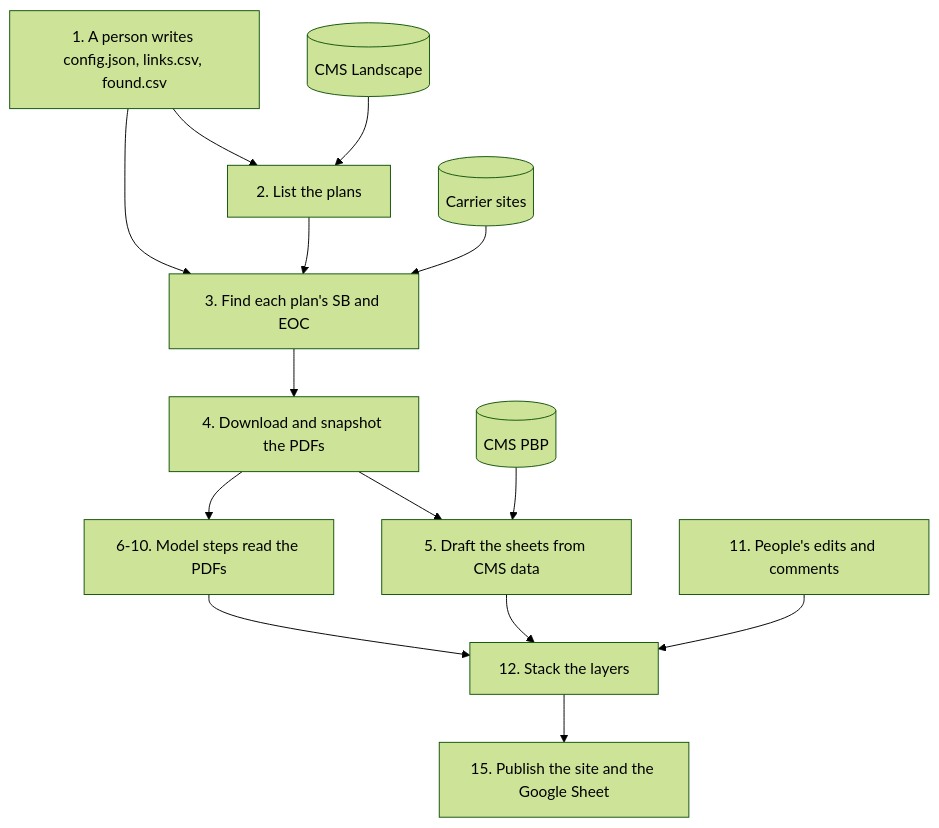
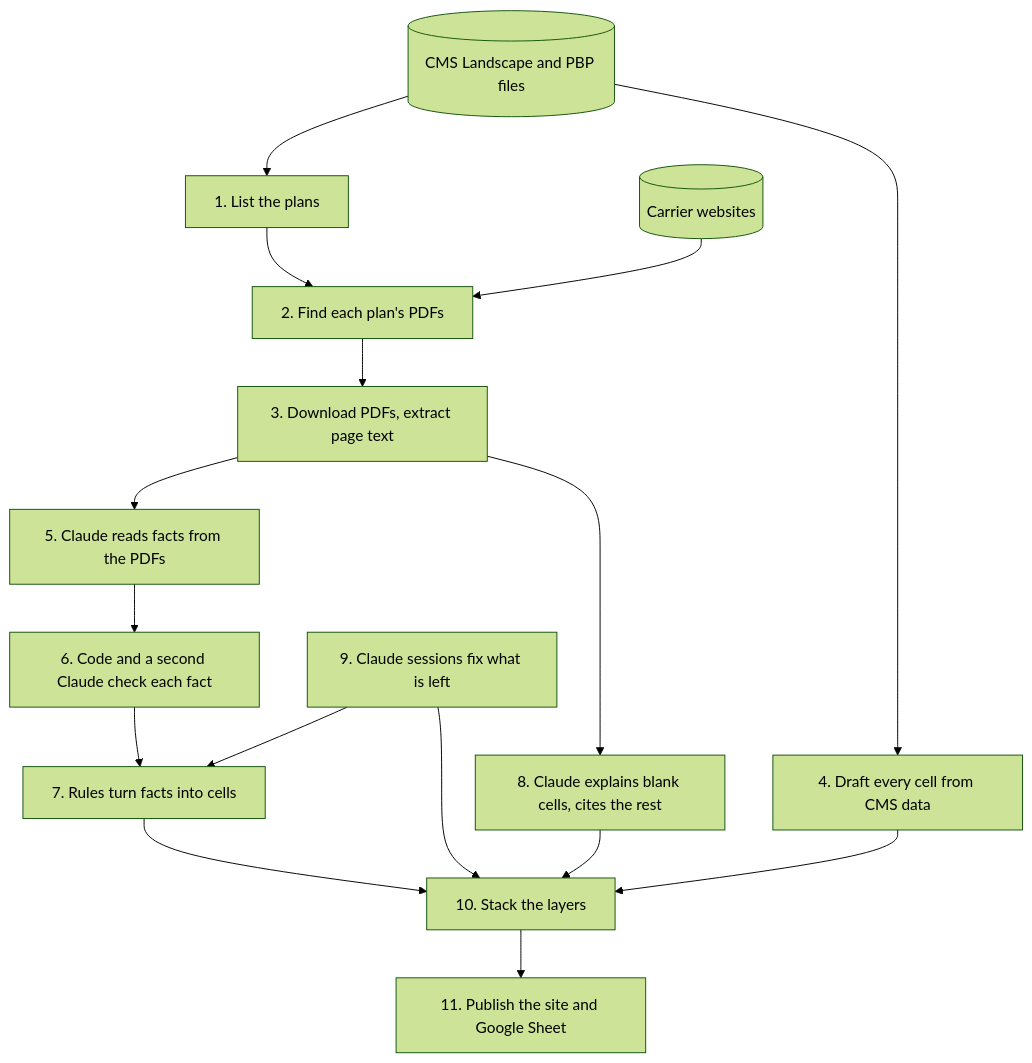
The diagram in docs/pipeline.md (rosenhouse-bot-sandbox/shiba-data), drawn with Mermaid (forest theme) before and after one commit. The commit also changed other lines of this file, not shown here.

First line of the commit message:
Rewrite the pipeline doc to show real data at each step

````diff
--- a/docs/pipeline.md
+++ b/docs/pipeline.md
@@ -48,16 +43,18 @@
 ```mermaid
 flowchart TD
-  person[1. A person writes config.json, links.csv, found.csv] --> plans[2. List the plans]
-  person --> find
-  landscape[(CMS Landscape)] --> plans
-  plans --> find[3. Find each plan's SB and EOC]
-  carriers[(Carrier sites)] --> find
-  find --> snap[4. Download and snapshot the PDFs]
-  snap --> draft[5. Draft the sheets from CMS data]
-  pbp[(CMS PBP)] --> draft
-  snap --> models[6-10. Model steps read the PDFs]
-  models --> layers[12. Stack the layers]
-  draft --> layers
-  people[11. People's edits and comments] --> layers
-  layers --> publish[15. Publish the site and the Google Sheet]
+  cms[(CMS Landscape and PBP files)] --> plans[1. List the plans]
+  carriers[(Carrier websites)] --> find[2. Find each plan's PDFs]
+  plans --> find
+  find --> text[3. Download PDFs, extract page text]
+  cms --> draft[4. Draft every cell from CMS data]
+  text --> read[5. Claude reads facts from the PDFs]
+  read --> check[6. Code and a second Claude check each fact]
+  check --> present[7. Rules turn facts into cells]
+  text --> blanks[8. Claude explains blank cells, cites the rest]
+  draft --> stack[10. Stack the layers]
+  present --> stack
+  blanks --> stack
+  fix[9. Claude sessions fix what is left] --> present
+  fix --> stack
+  stack --> publish[11. Publish the site and Google Sheet]
 ```
````
